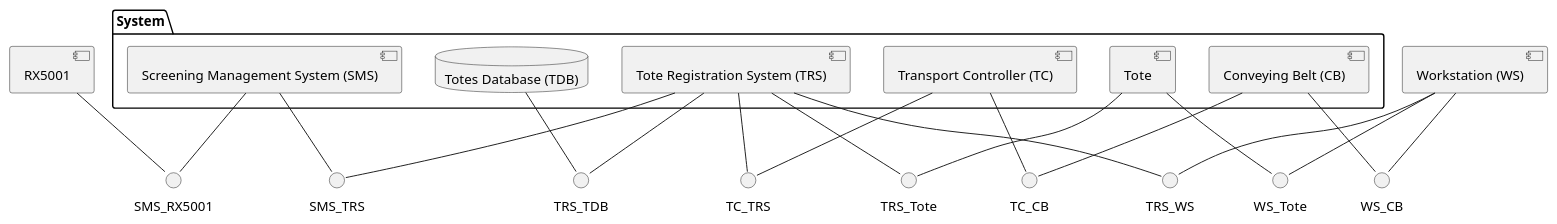
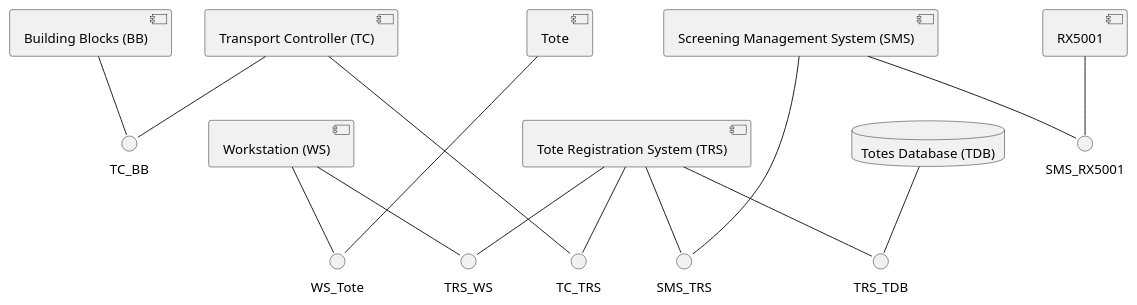
Before and after one commit to TristanMoe/CompanyH: the diagram in Diagrammer/DDD/InterfaceDiagram.wsd, drawn with PlantUML. The commit also changed 1 other file, not shown here.

Commit message:
changes in interfacediagram

```diff
--- a/Diagrammer/DDD/InterfaceDiagram.wsd
+++ b/Diagrammer/DDD/InterfaceDiagram.wsd
@@ -1,50 +1,44 @@
 @startuml
 skinparam monochrome true
-package "System"{
-    component "Screening Management System (SMS)" as SMS
-    component "Tote Registration System (TRS)" as TRS
-    component "Conveying Belt (CB)" as CB
-    component "Transport Controller (TC)" as TC
-    database "Totes Database (TDB)" as TDB
-    component Tote
-}
 
+component "Screening Management System (SMS)" as SMS
+component "Tote Registration System (TRS)" as TRS
+component "Building Blocks (BB)" as BB
+component "Transport Controller (TC)" as TC
+component "Workstation (WS)" as WS
+database "Totes Database (TDB)" as TDB
+component Tote
 component RX5001
-component "Workstation (WS)" as WS
-
-interface WS_CB
-WS -- WS_CB
-CB -- WS_CB
 
 interface TC_TRS
 TC -- TC_TRS
 TRS -- TC_TRS
-
-interface TRS_Tote
-TRS -- TRS_Tote
-Tote -- TRS_Tote
 
 interface WS_Tote
 WS -- WS_Tote
 Tote -- WS_Tote
 
 interface SMS_RX5001
 SMS -- SMS_RX5001
 RX5001 -- SMS_RX5001
 
 interface SMS_TRS
 SMS -- SMS_TRS
 TRS -- SMS_TRS
 
 interface TRS_TDB
 TRS -- TRS_TDB
 TDB -- TRS_TDB
 
-interface TC_CB
-TC -- TC_CB
-CB -- TC_CB
+interface TC_BB
+TC -- TC_BB
+BB -- TC_BB
 
 interface TRS_WS
 TRS -- TRS_WS
 WS -- TRS_WS
+
+SMS -[hidden]-> TRS
+TC -[hidden]-> WS
+Tote -[hidden]-> TRS
 @enduml
```
